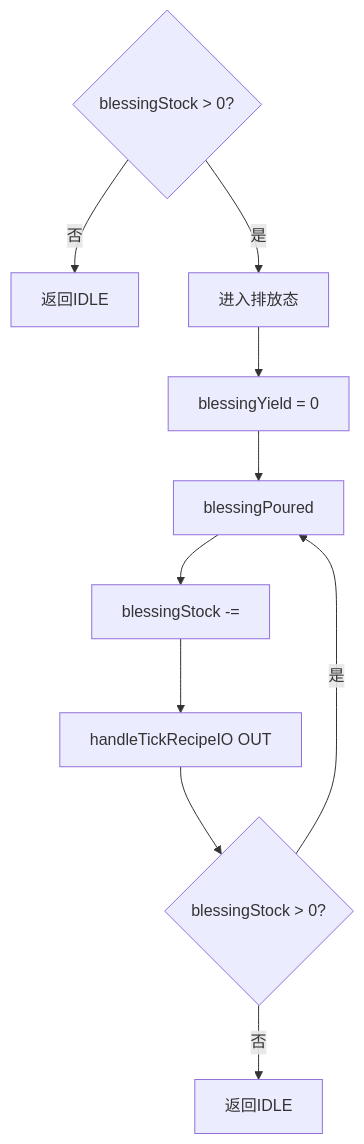
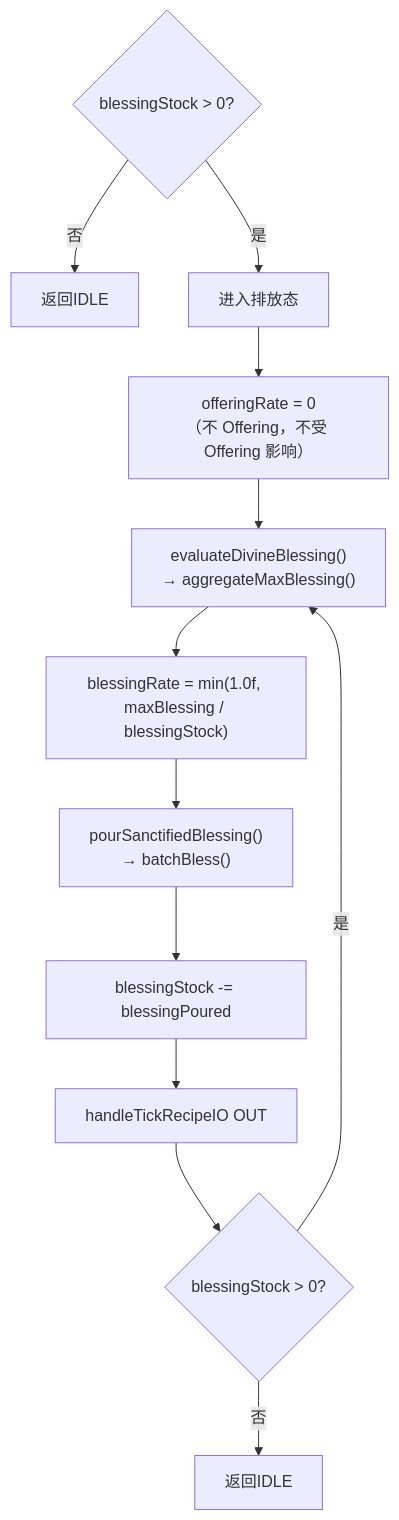
One commit to dalizi2333/GoblinTechMotiveCore changed diagram 12 of 12 in docs/skills/divine-machine-execution-flow.md. Above: the diagram before and after it, drawn with Mermaid. The commit also changed other lines of this file and 17 other files, not shown here.

````diff
--- a/docs/skills/divine-machine-execution-flow.md
+++ b/docs/skills/divine-machine-execution-flow.md
@@ -1239,13 +1242,15 @@
 ```mermaid
 flowchart TB
     E1{blessingStock > 0?} -->|否| E2[返回IDLE]
     E1 -->|是| E3[进入排放态]
-    
-    E3 --> E4[blessingYield = 0]
-    E4 --> E5[blessingPoured]
-    E5 --> E6[blessingStock -=]
-    E6 --> E7[handleTickRecipeIO OUT]
-    E7 --> E8{blessingStock > 0?}
-    E8 -->|是| E5
-    E8 -->|否| E9[返回IDLE]
+
+    E3 --> E4["offeringRate = 0<br/>（不 Offering，不受 Offering 影响）"]
+    E4 --> E5["evaluateDivineBlessing()<br/>→ aggregateMaxBlessing()"]
+    E5 --> E6["blessingRate = min(1.0f, maxBlessing / blessingStock)"]
+    E6 --> E7["pourSanctifiedBlessing()<br/>→ batchBless()"]
+    E7 --> E8["blessingStock -= blessingPoured"]
+    E8 --> E9["handleTickRecipeIO OUT"]
+    E9 --> E10{blessingStock > 0?}
+    E10 -->|是| E5
+    E10 -->|否| E11[返回IDLE]
 ```
````
